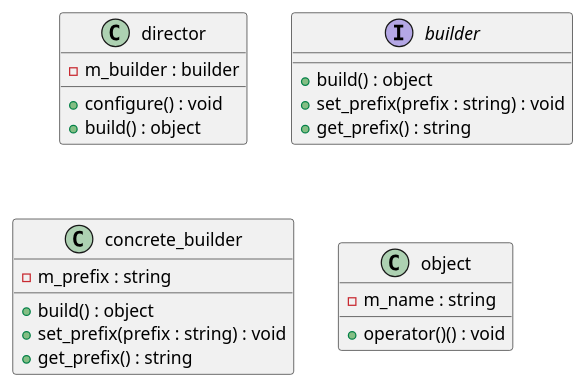
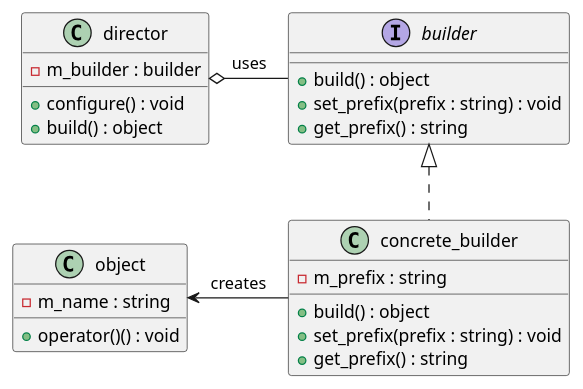
One commit to Alphastrick/software-engineering-pattern changed the diagram in pattern/creational/builder/diagrams.puml. Above: the diagram before and after it, drawn with PlantUML.

Commit message:
Added associations to the builder class diagram

```diff
--- a/pattern/creational/builder/diagrams.puml
+++ b/pattern/creational/builder/diagrams.puml
@@ -4,28 +4,31 @@
 @startuml class-diagram
 
     class director {
         - m_builder : builder
         + configure() : void
         + build() : object
     }
 
     interface builder {
         + build() : object
         + set_prefix(prefix : string) : void
         + get_prefix() : string
     }
 
-    class concrete_builder {
+    class concrete_builder implements builder {
         - m_prefix : string
         + build() : object
         + set_prefix(prefix : string) : void
         + get_prefix() : string
     }
 
     class object {
         - m_name : string
         + operator()() : void
     }
 
+    director o- builder : "uses"
+    concrete_builder -left-> object : "creates"
+
 
 @enduml
```
